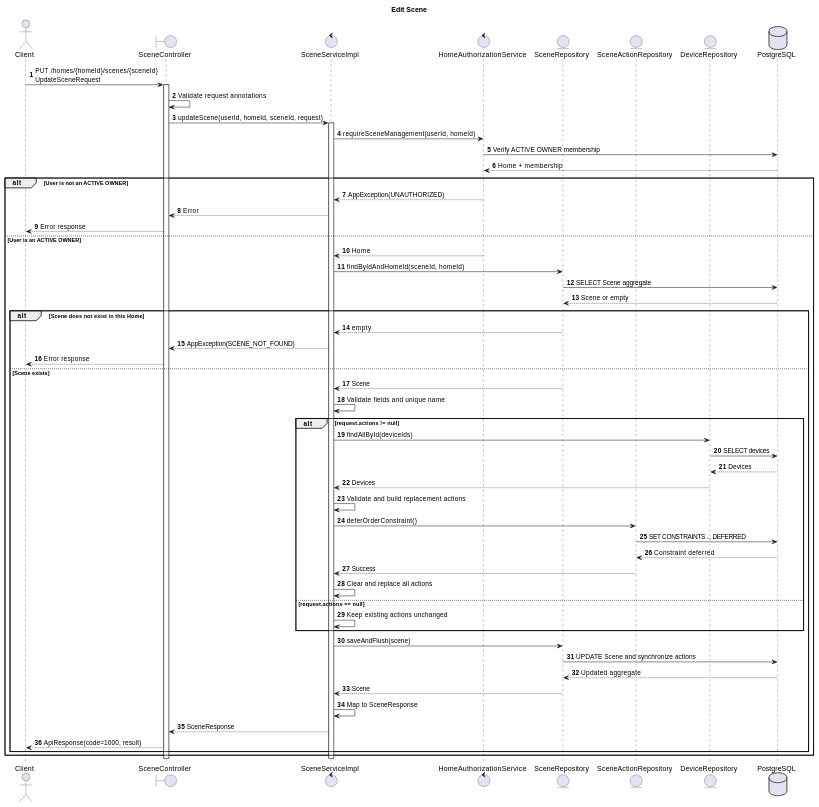
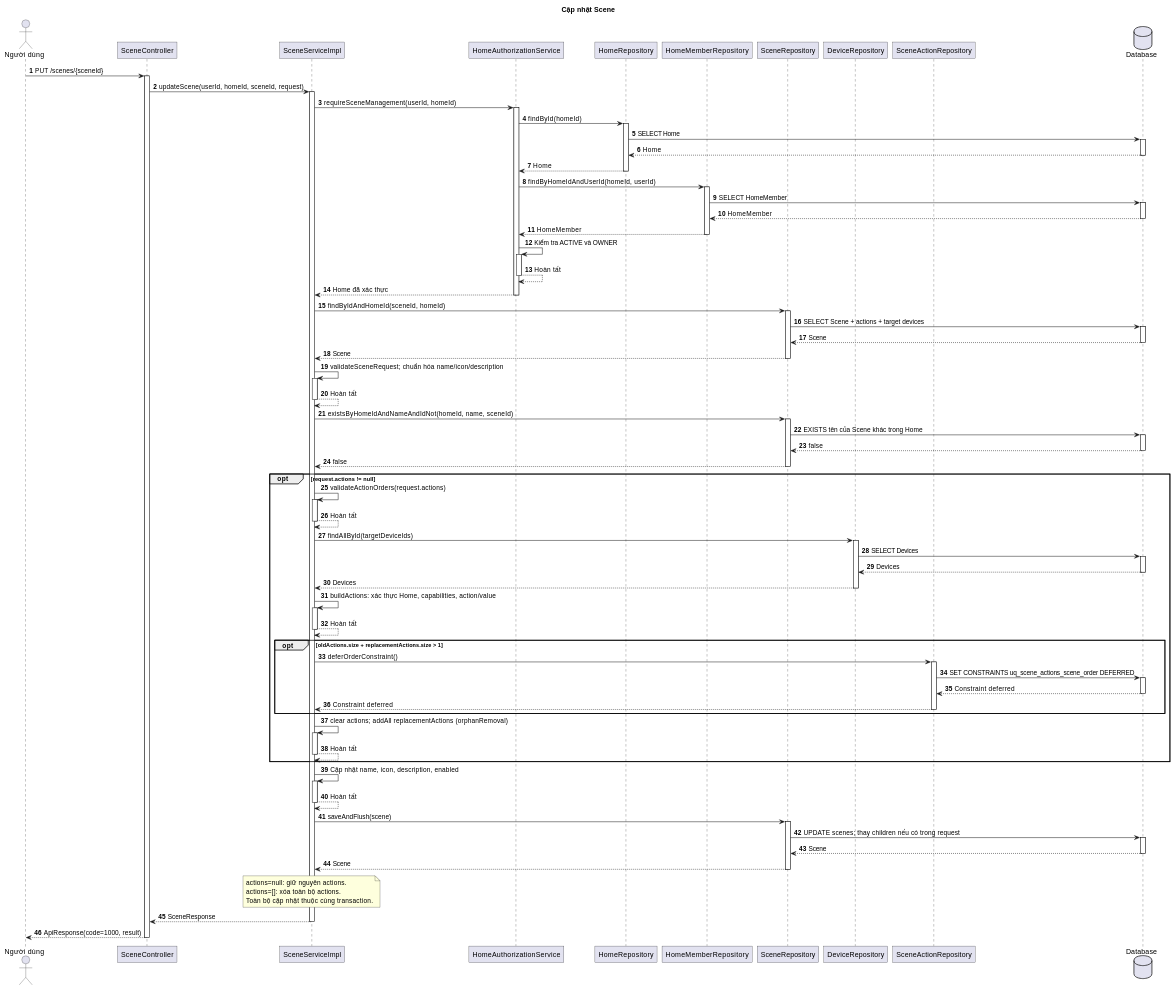
The seventh of 13 diagrams in docs/SCENE_CRUD_DIAGRAMS.md (diethon/backend_hesta), drawn with PlantUML before and after one commit. The commit also changed other lines of this file and 3 other files, not shown here.

````diff
--- a/docs/SCENE_CRUD_DIAGRAMS.md
+++ b/docs/SCENE_CRUD_DIAGRAMS.md
@@ -475,70 +709,122 @@
 ```plantuml
-@startuml Scene_Update_Sequence
-title Edit Scene
+@startuml Scene_Update
+title Cập nhật Scene
+skinparam backgroundColor white
+skinparam shadowing false
+skinparam roundcorner 0
+skinparam defaultFontName Arial
+
 autonumber
-
-actor Client
-boundary SceneController as Controller
-control SceneServiceImpl as Service
-control HomeAuthorizationService as Authorization
-entity SceneRepository as SceneRepo
-entity SceneActionRepository as ActionRepo
-entity DeviceRepository as DeviceRepo
-database PostgreSQL as DB
-
-Client -> Controller: PUT /homes/{homeId}/scenes/{sceneId}\nUpdateSceneRequest
+actor "Người dùng" as Client
+participant "SceneController" as Controller
+participant "SceneServiceImpl" as Service
+participant "HomeAuthorizationService" as Auth
+participant "HomeRepository" as HomeRepo
+participant "HomeMemberRepository" as MemberRepo
+participant "SceneRepository" as SceneRepo
+participant "DeviceRepository" as DeviceRepo
+participant "SceneActionRepository" as ActionRepo
+database "Database" as DB
+Client -> Controller: PUT /scenes/{sceneId}
 activate Controller
-Controller -> Controller: Validate request annotations
 Controller -> Service: updateScene(userId, homeId, sceneId, request)
 activate Service
-Service -> Authorization: requireSceneManagement(userId, homeId)
-Authorization -> DB: Verify ACTIVE OWNER membership
-DB --> Authorization: Home + membership
-
-alt User is not an ACTIVE OWNER
-    Authorization --> Service: AppException(UNAUTHORIZED)
-    Service --> Controller: Error
-    Controller --> Client: Error response
-else User is an ACTIVE OWNER
-    Authorization --> Service: Home
-    Service -> SceneRepo: findByIdAndHomeId(sceneId, homeId)
-    SceneRepo -> DB: SELECT Scene aggregate
-    DB --> SceneRepo: Scene or empty
-
-    alt Scene does not exist in this Home
-        SceneRepo --> Service: empty
-        Service --> Controller: AppException(SCENE_NOT_FOUND)
-        Controller --> Client: Error response
-    else Scene exists
-        SceneRepo --> Service: Scene
-        Service -> Service: Validate fields and unique name
-
-        alt request.actions != null
-            Service -> DeviceRepo: findAllById(deviceIds)
-            DeviceRepo -> DB: SELECT devices
-            DB --> DeviceRepo: Devices
-            DeviceRepo --> Service: Devices
-            Service -> Service: Validate and build replacement actions
-            Service -> ActionRepo: deferOrderConstraint()
-            ActionRepo -> DB: SET CONSTRAINTS ... DEFERRED
-            DB --> ActionRepo: Constraint deferred
-            ActionRepo --> Service: Success
-            Service -> Service: Clear and replace all actions
-        else request.actions == null
-            Service -> Service: Keep existing actions unchanged
-        end
-
-        Service -> SceneRepo: saveAndFlush(scene)
-        SceneRepo -> DB: UPDATE Scene and synchronize actions
-        DB --> SceneRepo: Updated aggregate
-        SceneRepo --> Service: Scene
-        Service -> Service: Map to SceneResponse
-        Service --> Controller: SceneResponse
-        Controller --> Client: ApiResponse(code=1000, result)
-    end
+Service -> Auth: requireSceneManagement(userId, homeId)
+activate Auth
+Auth -> HomeRepo: findById(homeId)
+activate HomeRepo
+HomeRepo -> DB: SELECT Home
+activate DB
+DB --> HomeRepo: Home
+deactivate DB
+HomeRepo --> Auth: Home
+deactivate HomeRepo
+Auth -> MemberRepo: findByHomeIdAndUserId(homeId, userId)
+activate MemberRepo
+MemberRepo -> DB: SELECT HomeMember
+activate DB
+DB --> MemberRepo: HomeMember
+deactivate DB
+MemberRepo --> Auth: HomeMember
+deactivate MemberRepo
+Auth -> Auth: Kiểm tra ACTIVE và OWNER
+activate Auth
+Auth --> Auth: Hoàn tất
+deactivate Auth
+Auth --> Service: Home đã xác thực
+deactivate Auth
+Service -> SceneRepo: findByIdAndHomeId(sceneId, homeId)
+activate SceneRepo
+SceneRepo -> DB: SELECT Scene + actions + target devices
+activate DB
+DB --> SceneRepo: Scene
+deactivate DB
+SceneRepo --> Service: Scene
+deactivate SceneRepo
+Service -> Service: validateSceneRequest; chuẩn hóa name/icon/description
+activate Service
+Service --> Service: Hoàn tất
+deactivate Service
+Service -> SceneRepo: existsByHomeIdAndNameAndIdNot(homeId, name, sceneId)
+activate SceneRepo
+SceneRepo -> DB: EXISTS tên của Scene khác trong Home
+activate DB
+DB --> SceneRepo: false
+deactivate DB
+SceneRepo --> Service: false
+deactivate SceneRepo
+opt request.actions != null
+Service -> Service: validateActionOrders(request.actions)
+activate Service
+Service --> Service: Hoàn tất
+deactivate Service
+Service -> DeviceRepo: findAllById(targetDeviceIds)
+activate DeviceRepo
+DeviceRepo -> DB: SELECT Devices
+activate DB
+DB --> DeviceRepo: Devices
+deactivate DB
+DeviceRepo --> Service: Devices
+deactivate DeviceRepo
+Service -> Service: buildActions: xác thực Home, capabilities, action/value
+activate Service
+Service --> Service: Hoàn tất
+deactivate Service
+opt oldActions.size + replacementActions.size > 1
+Service -> ActionRepo: deferOrderConstraint()
+activate ActionRepo
+ActionRepo -> DB: SET CONSTRAINTS uq_scene_actions_scene_order DEFERRED
+activate DB
+DB --> ActionRepo: Constraint deferred
+deactivate DB
+ActionRepo --> Service: Constraint deferred
+deactivate ActionRepo
 end
-
+Service -> Service: clear actions; addAll replacementActions (orphanRemoval)
+activate Service
+Service --> Service: Hoàn tất
 deactivate Service
+end
+Service -> Service: Cập nhật name, icon, description, enabled
+activate Service
+Service --> Service: Hoàn tất
+deactivate Service
+Service -> SceneRepo: saveAndFlush(scene)
+activate SceneRepo
+SceneRepo -> DB: UPDATE scenes; thay children nếu có trong request
+activate DB
+DB --> SceneRepo: Scene
+deactivate DB
+SceneRepo --> Service: Scene
+deactivate SceneRepo
+note over Service
+actions=null: giữ nguyên actions.
+actions=[]: xóa toàn bộ actions.
+Toàn bộ cập nhật thuộc cùng transaction.
+end note
+Service --> Controller: SceneResponse
+deactivate Service
+Controller --> Client: ApiResponse(code=1000, result)
 deactivate Controller
 @enduml
 ```
````
